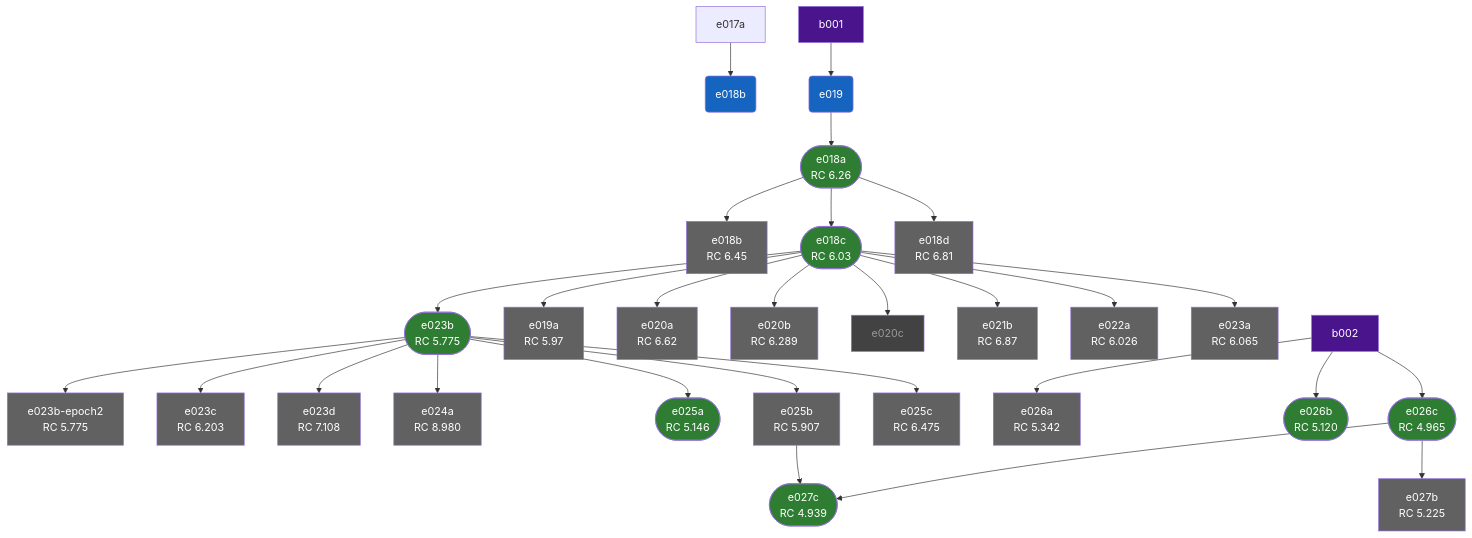
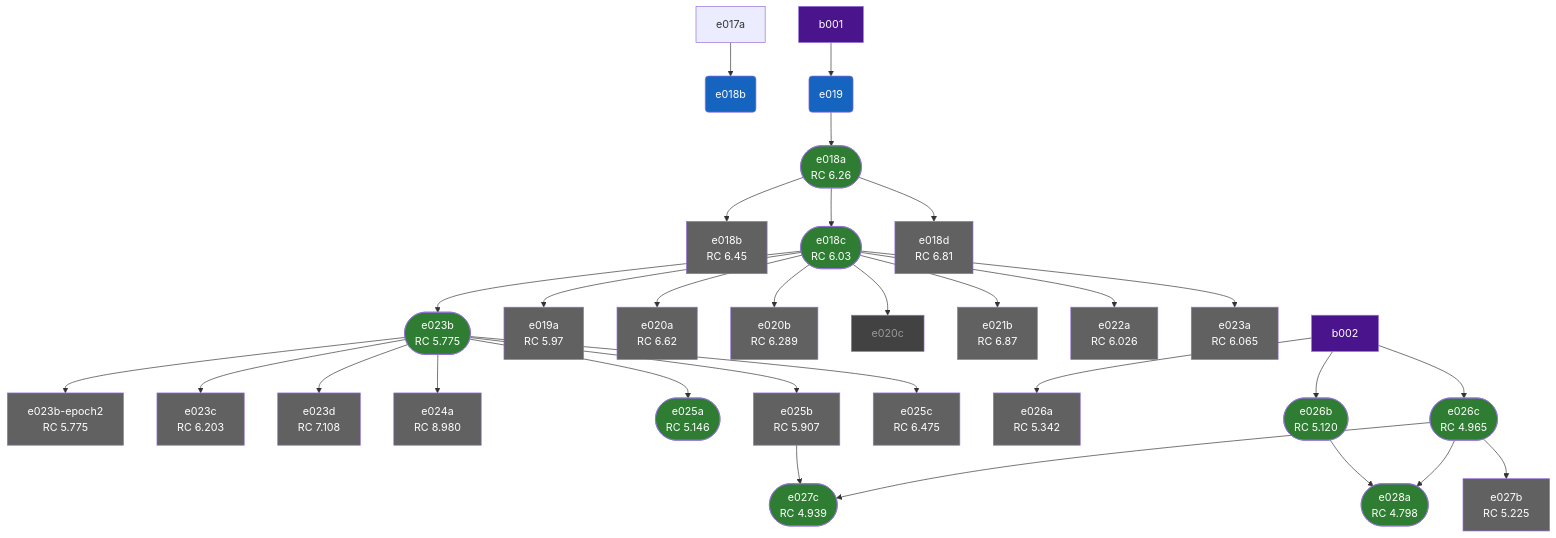
Before and after one commit to ScavieFae/autonomous-world-model: the diagram in docs/experiments/index.md, drawn with Mermaid. The commit also changed other lines of this file and 8 other files, not shown here.

First line of the commit message:
Close out e028a-full-stack: KEPT, new best RC 4.798 (-3.4%)

````diff
--- a/docs/experiments/index.md
+++ b/docs/experiments/index.md
@@ -38,6 +38,7 @@
     e026c_sf_curriculum(["e026c\nRC 4.965"])
     e027b_e023b_regime_switch["e027b\nRC 5.225"]
     e027c_lossreweight_warmstart(["e027c\nRC 4.939"])
+    e028a_full_stack(["e028a\nRC 4.798"])
     e019_baseline --> e018a_self_forcing
     e017a --> e018b_rollout_coherence_eval
     e018a_self_forcing --> e018b_self_forcing_n5
@@ -65,6 +66,8 @@
     e026c_sf_curriculum --> e027b_e023b_regime_switch
     e025b_loss_reweight --> e027c_lossreweight_warmstart
     e026c_sf_curriculum --> e027c_lossreweight_warmstart
+    e026b_unimix --> e028a_full_stack
+    e026c_sf_curriculum --> e028a_full_stack
     style e018a_self_forcing fill:#2e7d32,color:#fff
     style e018b_rollout_coherence_eval fill:#1565c0,color:#fff
     style e018b_self_forcing_n5 fill:#616161,color:#fff
@@ -91,6 +94,7 @@
     style e026c_sf_curriculum fill:#2e7d32,color:#fff
     style e027b_e023b_regime_switch fill:#616161,color:#fff
     style e027c_lossreweight_warmstart fill:#2e7d32,color:#fff
+    style e028a_full_stack fill:#2e7d32,color:#fff
     style b001 fill:#4a148c,color:#fff
     style b002 fill:#4a148c,color:#fff
 ```
````
